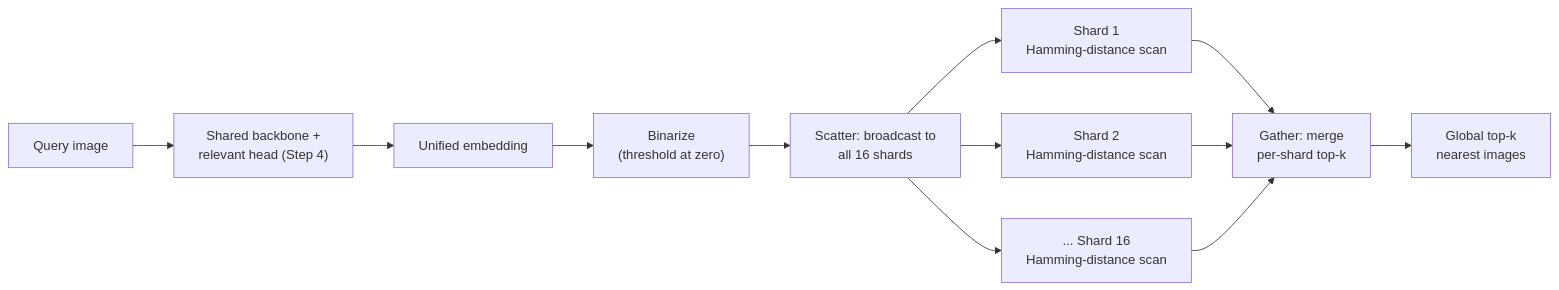
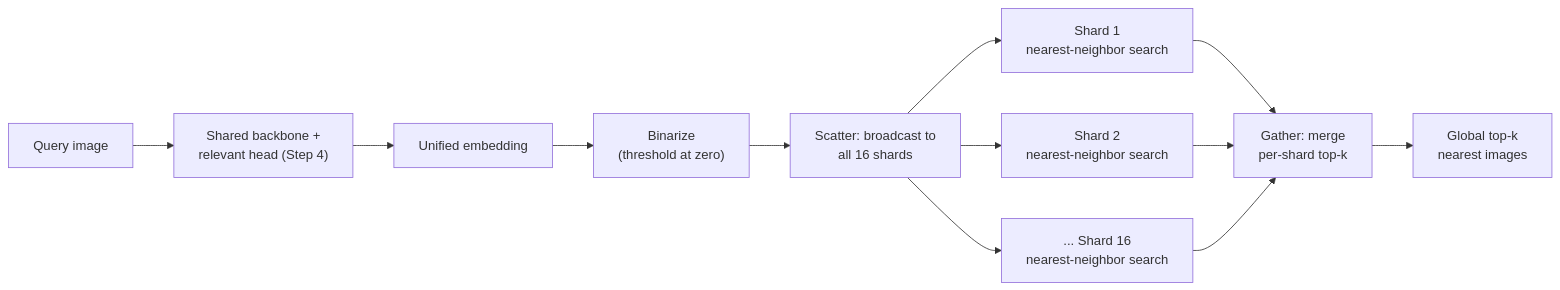
One commit to romancobblepot/AI-system-design-primer changed the fourth of 5 diagrams in case-studies/visual-search/README.md. Above: the diagram before and after it, drawn with Mermaid. The commit also changed other lines of this file and 49 other files, not shown here.

````diff
--- a/case-studies/visual-search/README.md
+++ b/case-studies/visual-search/README.md
@@ -207,14 +300,14 @@
 ```mermaid
 flowchart LR
     Q["Query image"] --> BB["Shared backbone +\nrelevant head (Step 4)"]
     BB --> E["Unified embedding"]
     E --> BIN["Binarize\n(threshold at zero)"]
     BIN --> SG["Scatter: broadcast to\nall 16 shards"]
-    SG --> S1["Shard 1\nHamming-distance scan"]
-    SG --> S2["Shard 2\nHamming-distance scan"]
-    SG --> S3["... Shard 16\nHamming-distance scan"]
+    SG --> S1["Shard 1\nnearest-neighbor search"]
+    SG --> S2["Shard 2\nnearest-neighbor search"]
+    SG --> S3["... Shard 16\nnearest-neighbor search"]
     S1 --> M["Gather: merge\nper-shard top-k"]
     S2 --> M
     S3 --> M
     M --> TOPK["Global top-k\nnearest images"]
 ```
````
